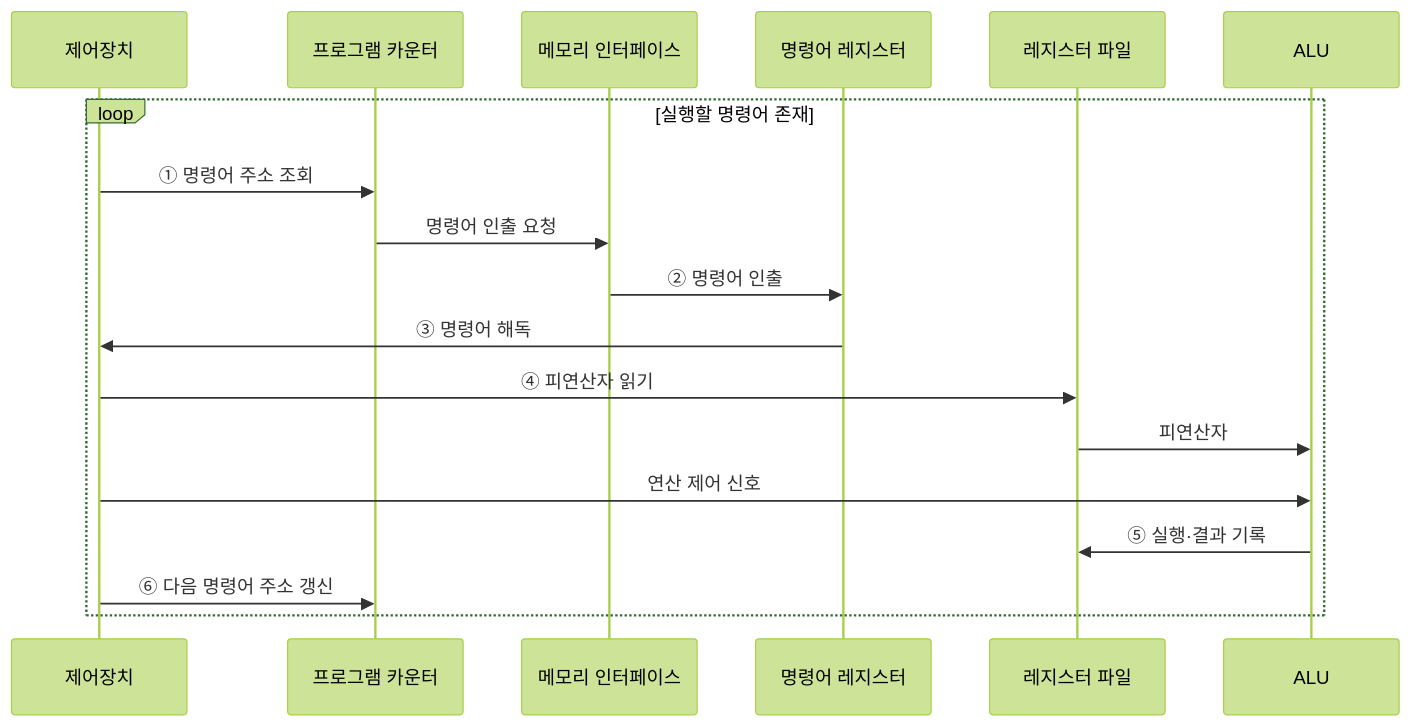
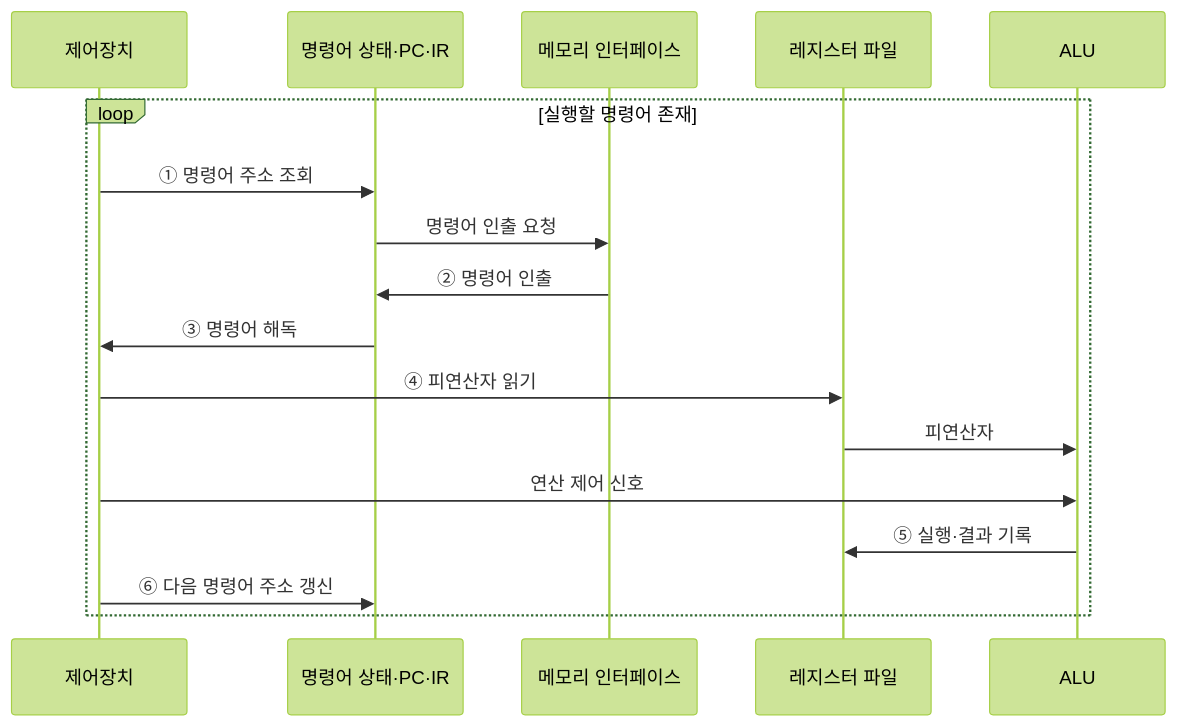
The second of 2 diagrams in src/content/docs/notes/02-hardware/002_cpu_components.md (agnusdei1207/knowledge-base), drawn with Mermaid (forest theme) before and after one commit. The commit also changed other lines of this file and 20 other files, not shown here.

````diff
--- a/src/content/docs/notes/02-hardware/002_cpu_components.md
+++ b/src/content/docs/notes/02-hardware/002_cpu_components.md
@@ -78,20 +78,19 @@
 ```mermaid
 sequenceDiagram
     participant C as 제어장치
-    participant P as 프로그램 카운터
+    participant S as 명령어 상태·PC·IR
     participant M as 메모리 인터페이스
-    participant I as 명령어 레지스터
     participant R as 레지스터 파일
     participant A as ALU
     loop 실행할 명령어 존재
-        C->>P: ① 명령어 주소 조회
-        P->>M: 명령어 인출 요청
-        M->>I: ② 명령어 인출
-        I->>C: ③ 명령어 해독
+        C->>S: ① 명령어 주소 조회
+        S->>M: 명령어 인출 요청
+        M->>S: ② 명령어 인출
+        S->>C: ③ 명령어 해독
         C->>R: ④ 피연산자 읽기
         R->>A: 피연산자
         C->>A: 연산 제어 신호
         A->>R: ⑤ 실행·결과 기록
-        C->>P: ⑥ 다음 명령어 주소 갱신
+        C->>S: ⑥ 다음 명령어 주소 갱신
     end
 ```
````
